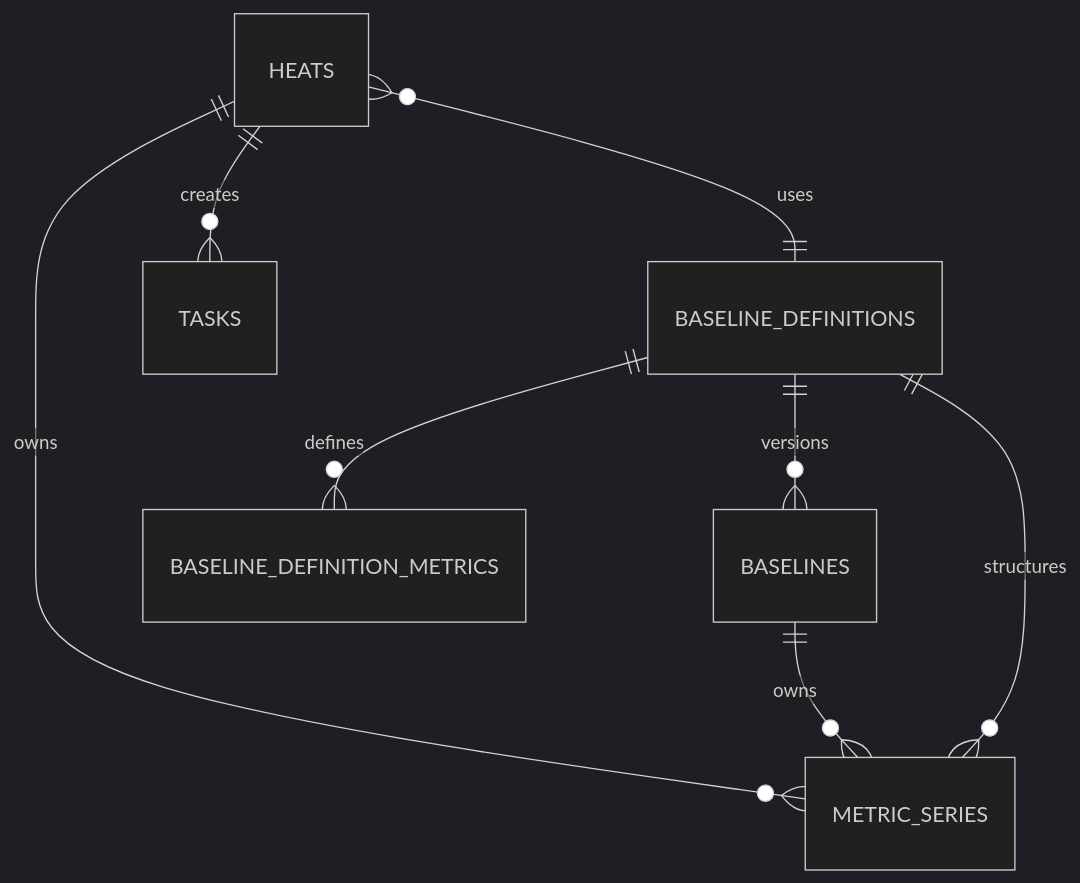
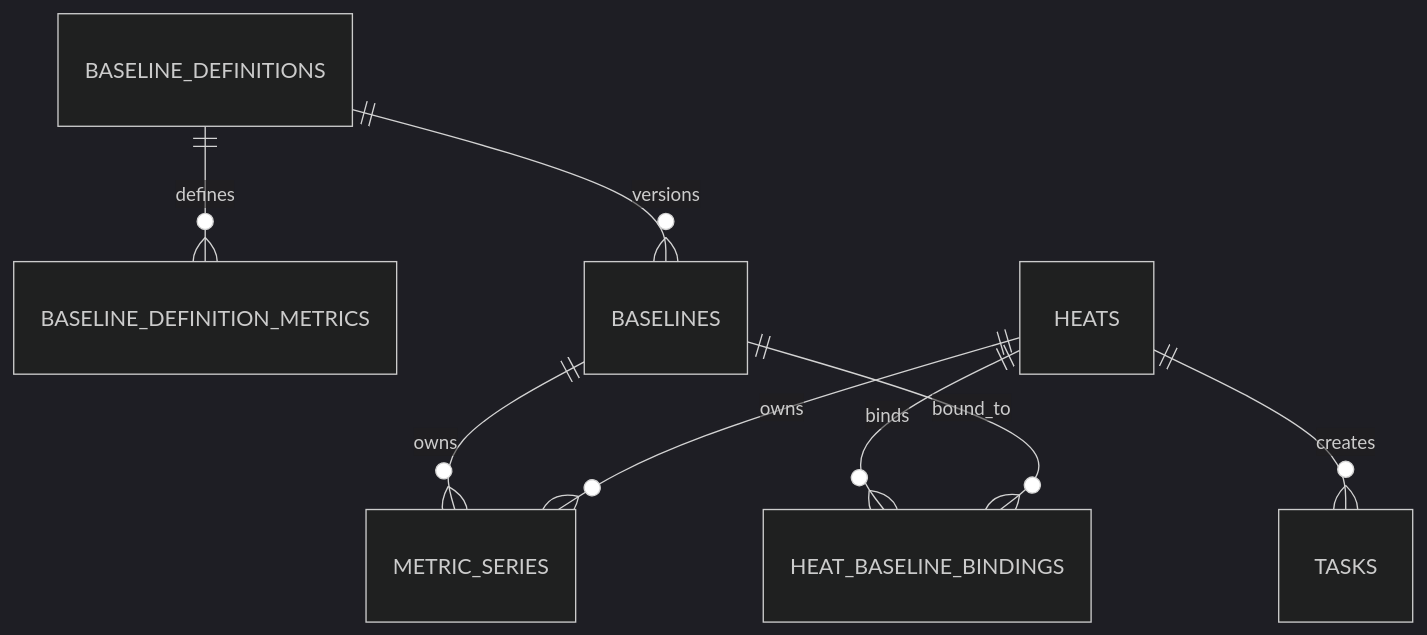
The diagram in docs/BACKEND_STRUCTURE.md (jesseliu1/EDC-electricity), drawn with Mermaid (dark theme) before and after one commit. The commit also changed other lines of this file and 45 other files, not shown here.

Commit message:
feat: support multi-baseline heat bindings

````diff
--- a/docs/BACKEND_STRUCTURE.md
+++ b/docs/BACKEND_STRUCTURE.md
@@ -440,10 +502,10 @@
 ```mermaid
 erDiagram
     BASELINE_DEFINITIONS ||--o{ BASELINE_DEFINITION_METRICS : defines
     BASELINE_DEFINITIONS ||--o{ BASELINES : versions
-    BASELINE_DEFINITIONS ||--o{ METRIC_SERIES : structures
-    HEATS ||--o{ METRIC_SERIES : owns
+    HEATS ||--o{ HEAT_BASELINE_BINDINGS : binds
     HEATS ||--o{ TASKS : creates
     BASELINES ||--o{ METRIC_SERIES : owns
-    HEATS }o--|| BASELINE_DEFINITIONS : uses
+    HEATS ||--o{ METRIC_SERIES : owns
+    BASELINES ||--o{ HEAT_BASELINE_BINDINGS : bound_to
 ```
````
